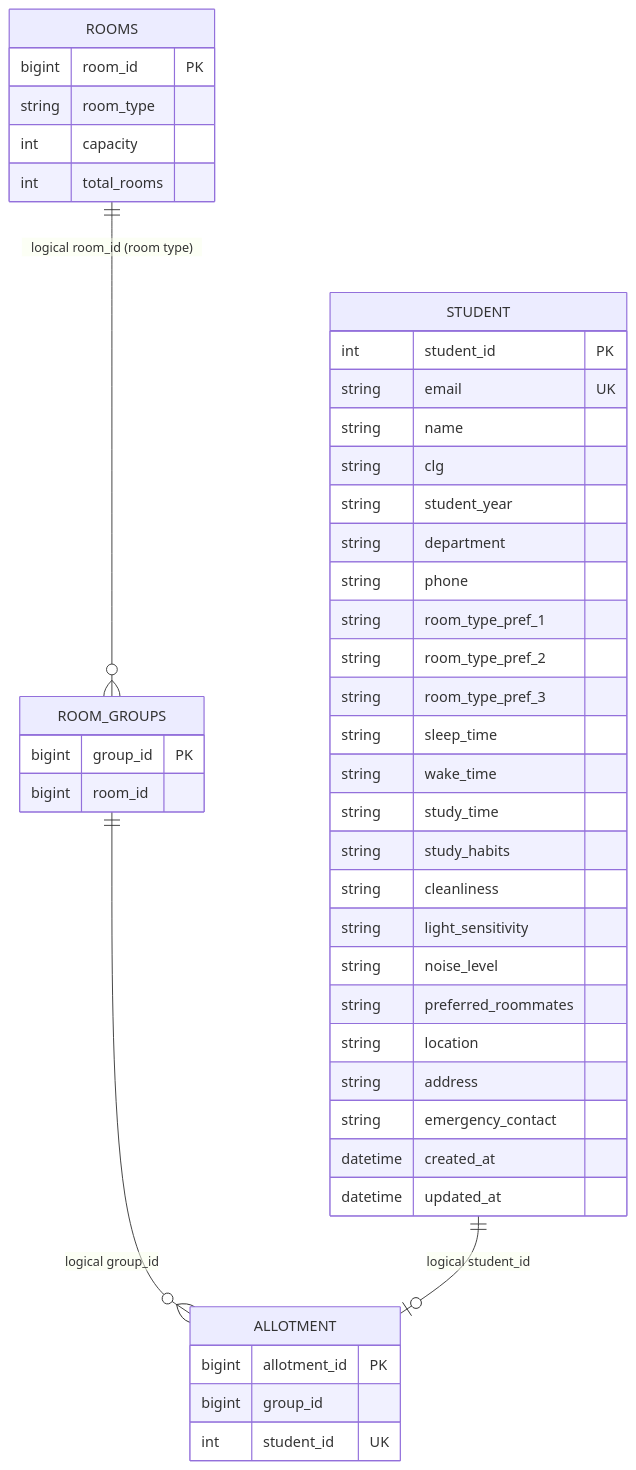
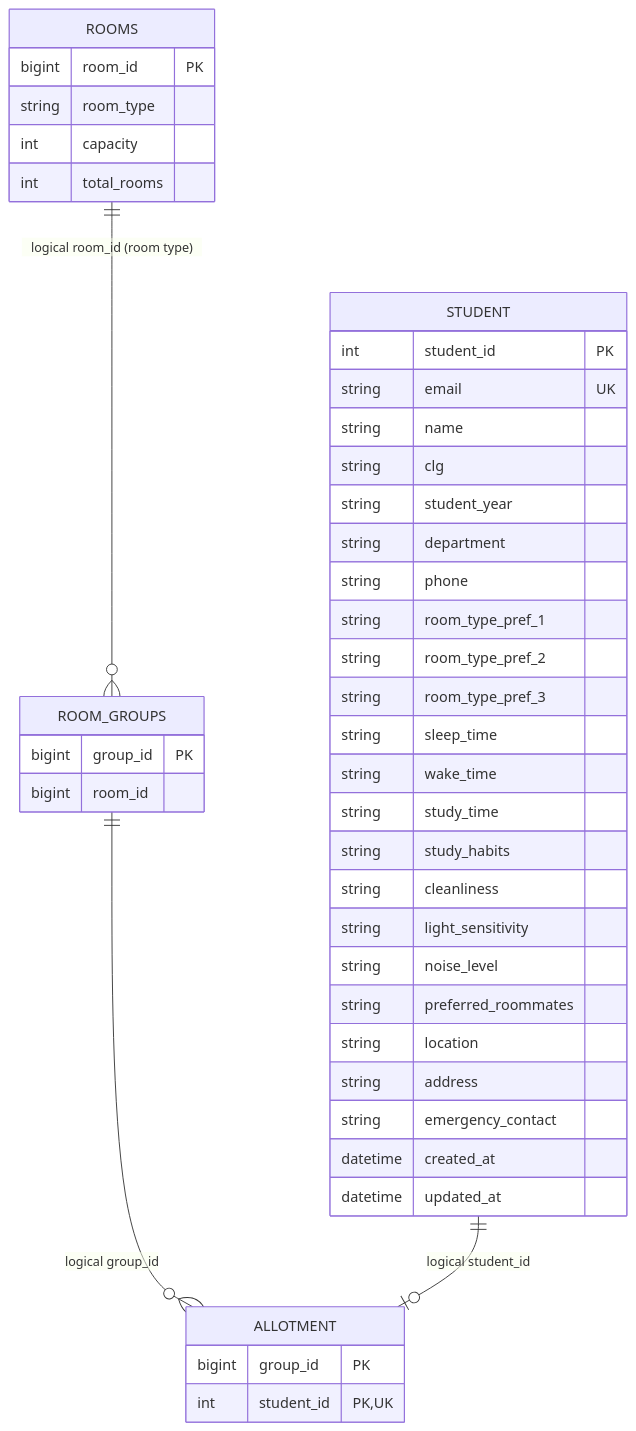
Before and after one commit to Mohit-R-04/StableRoomie: the third of 3 diagrams in readme.md, drawn with Mermaid. The commit also changed other lines of this file and 23 other files, not shown here.

````diff
--- a/readme.md
+++ b/readme.md
@@ -304,50 +311,49 @@
 ```mermaid
 erDiagram
     STUDENT {
         int student_id PK
         string email UK
         string name
         string clg
         string student_year
         string department
         string phone
         string room_type_pref_1
         string room_type_pref_2
         string room_type_pref_3
         string sleep_time
         string wake_time
         string study_time
         string study_habits
         string cleanliness
         string light_sensitivity
         string noise_level
         string preferred_roommates
         string location
         string address
         string emergency_contact
         datetime created_at
         datetime updated_at
     }
 
     ROOMS {
         bigint room_id PK
         string room_type
         int capacity
         int total_rooms
     }
 
     ROOM_GROUPS {
         bigint group_id PK
         bigint room_id
     }
 
     ALLOTMENT {
-        bigint allotment_id PK
-        bigint group_id
-        int student_id UK
+        bigint group_id PK
+        int student_id PK, UK
     }
 
     ROOMS ||--o{ ROOM_GROUPS : "logical room_id (room type)"
     ROOM_GROUPS ||--o{ ALLOTMENT : "logical group_id"
     STUDENT ||--o| ALLOTMENT : "logical student_id"
 ```
````
